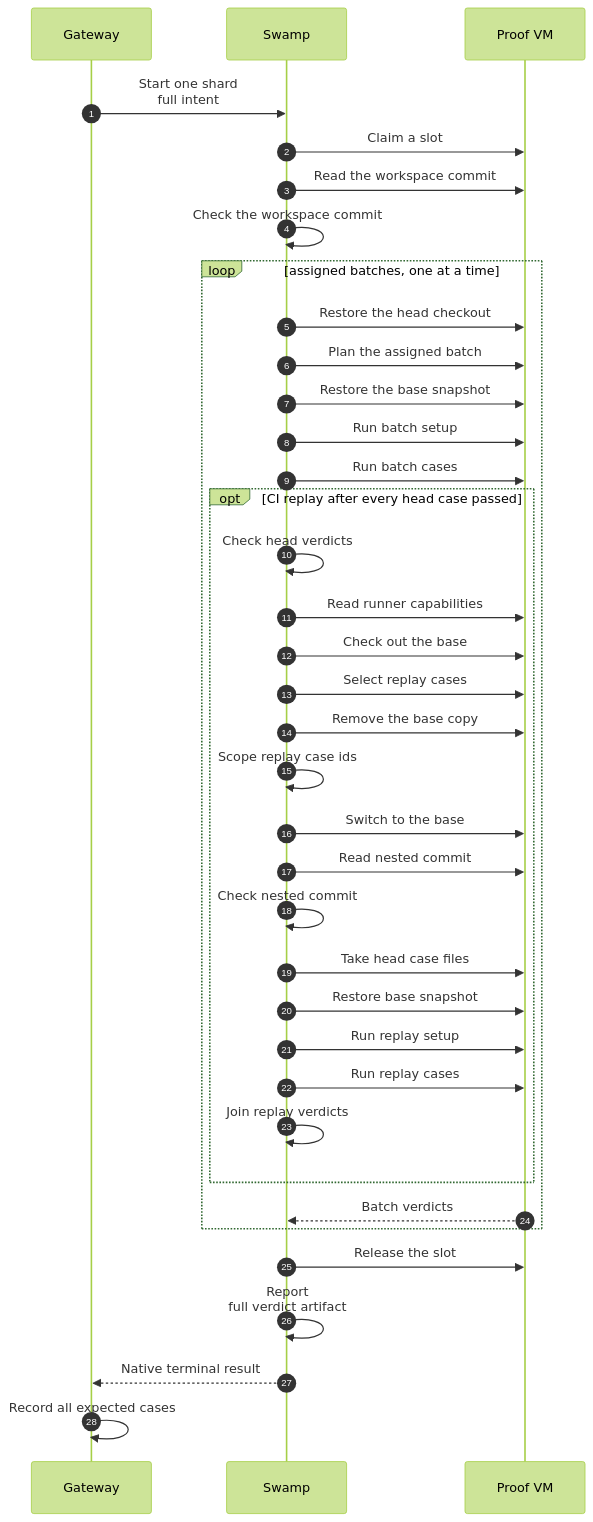
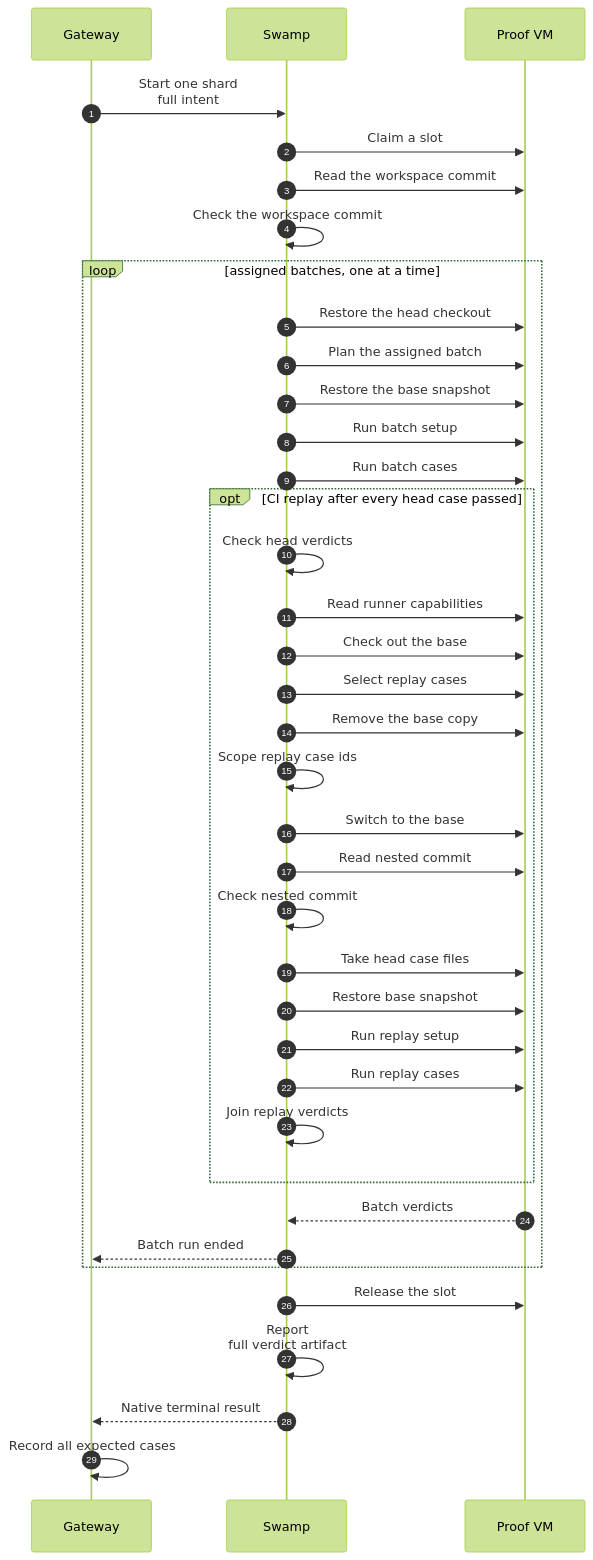
The diagram in docs/cli/proof/command.mmd (hardimpactdev/orbit), drawn with Mermaid (forest theme) before and after one commit. The commit also changed 17 other files, not shown here.

First line of the commit message:
fix(proof): record batches through a declared child projection, from their full report

```diff
--- a/docs/cli/proof/command.mmd
+++ b/docs/cli/proof/command.mmd
@@ -1,53 +1,56 @@
 sequenceDiagram
-  %% status: reviewed
+  %% status: draft
   %% command: none · started by proof:run
   %% kind: proof.command
   autonumber
   participant GW as Gateway
   participant SW as Swamp
   participant VM as Proof VM
   GW->>SW: Start one shard<br/>full intent
-  %%> Record one group and VM with its whole batch assignments and expected expanded case ids. Operator proofs instead carry one full command from task admission.
+  %%> Record one group and VM with its whole batch assignments and expected expanded case ids. Operator proofs instead carry one full command from task admission. Record the run budget of the shard from its batches: 600 s, 180 s a batch and the measured case seconds, times 1.5, rounded up to five minutes, at most two hours.
   SW->>VM: Claim a slot
   SW->>VM: Read the workspace commit
   SW->>SW: Check the workspace commit
   %%> A mismatch fails before cases and records expected and found commits.
   loop assigned batches, one at a time
     SW->>VM: Restore the head checkout
     %%> A prior flagged-case check may have left the checkout at the merge base. Restore the admitted head before planning.
     SW->>VM: Plan the assigned batch
     %%> runner plan --lines --only-batch restricts execution to the whole admitted batch. An operator run plans the full command.
     SW->>VM: Restore the base snapshot
     SW->>VM: Run batch setup
     SW->>VM: Run batch cases
     %%> The runner schedules cases within the fleet's existing concurrency and isolation rules. Keep every verdict line in the output artifact.
     opt CI replay after every head case passed
       SW->>SW: Check head verdicts
       SW->>VM: Read runner capabilities
       %%> Read head runner help. Without replay support, skip selection and replay.
       SW->>VM: Check out the base
       SW->>VM: Select replay cases
       %%> Use the runner's case-level comparison, then keep fails_on_base: true. Unchanged flags and unflagged cases never replay, even under whole-file code or tooling selection.
       SW->>VM: Remove the base copy
       SW->>SW: Scope replay case ids
       %%> Keep only cases admitted to this batch.
       SW->>VM: Switch to the base
       SW->>VM: Read nested commit
       SW->>SW: Check nested commit
       SW->>VM: Take head case files
       %%> Copy cases, batches and the spec loader. Keep base runner and step implementations.
       SW->>VM: Restore base snapshot
       SW->>VM: Run replay setup
       SW->>VM: Run replay cases
       SW->>SW: Join replay verdicts
       %%> Each replay must fail with cause assertion. A pass, another cause or missing evidence fails the proof with a CASE@merge-base verdict. Keep flags after merge; only a later case change opts them into another replay.
     end
     VM-->>SW: Batch verdicts
+    SW-->>GW: Batch run ended
+    %%> The Gateway reads each ended batch run with the parent's reconcile and records its full report artifact on the shard, once.
   end
   SW->>VM: Release the slot
   %%> Always after success or failure. Only operator proofs can keep a failed VM for 60 minutes. CI always deletes.
   SW->>SW: Report<br/>full verdict artifact
   %%> Prefix each line with its command, file and batch. The fixed capture reads the full artifact rather than the 4 KiB history summary.
   SW-->>GW: Native terminal result
   GW->>GW: Record all expected cases
   %%> Failed, missing, duplicate or unassigned verdicts fail the shard. A missing case becomes unrun. A missing or failed delete schedules normal group cancellation. The parent closes one merged report after all shards end.
+  %%> A shard that reaches its run budget is timed out: it keeps the recorded verdicts of the batches that ended, and only the cases of the other batches are unrun.
```
